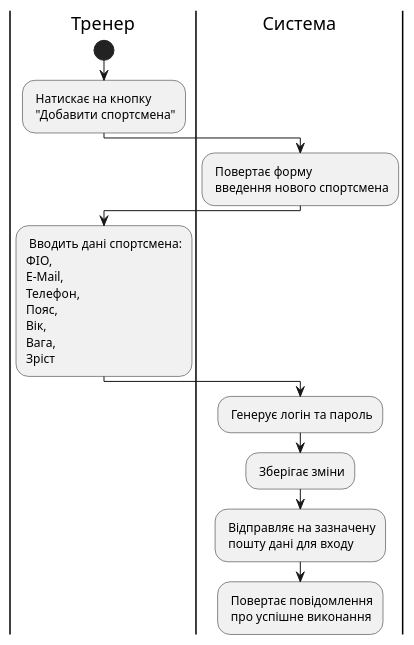
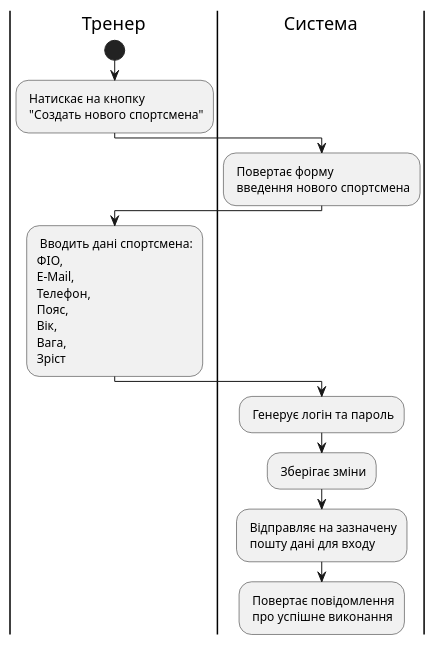
One commit to Loboz1666/database_basics_template changed the diagram in docs/use_cases/added.puml. Above: the diagram before and after it, drawn with PlantUML.

Commit message:
new commit

```diff
--- a/docs/use_cases/added.puml
+++ b/docs/use_cases/added.puml
@@ -1,14 +1,14 @@
 @startuml
     |Тренер|
         start
-        : Натискає на кнопку\n "Добавити спортсмена";
+        : Натискає на кнопку\n "Создать нового спортсмена";
     |Система|
         : Повертає форму \n введення нового спортсмена;
     |Тренер|
         : Вводить дані спортсмена:\nФІО,\nE-Mail,\nТелефон,\nПояс,\nВік,\nВага,\nЗріст;
     |Система|
         : Генерує логін та пароль;
         : Зберігає зміни;
         : Відправляє на зазначену\n пошту дані для входу;
         : Повертає повідомлення\n про успішне виконання;
 @enduml
```
